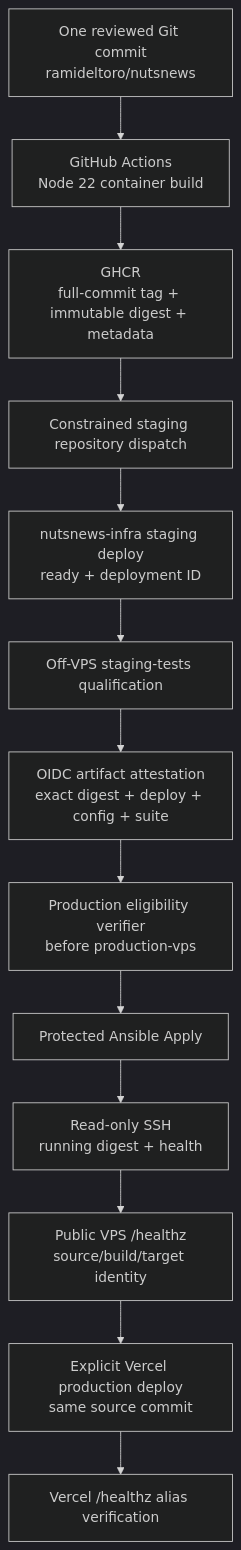
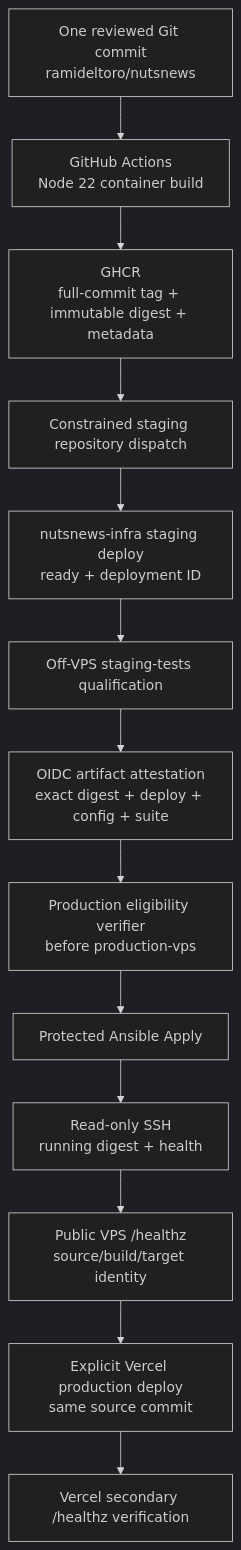
One commit to ramideltoro/nutsnews-docs changed the first of 5 diagrams in NUTSNEWS_DUAL_TARGET_WEB_DEPLOYMENT.md. Above: the diagram before and after it, drawn with Mermaid (dark theme). The commit also changed other lines of this file and 2 other files, not shown here.

````diff
--- a/NUTSNEWS_DUAL_TARGET_WEB_DEPLOYMENT.md
+++ b/NUTSNEWS_DUAL_TARGET_WEB_DEPLOYMENT.md
@@ -106,16 +143,16 @@
 ```mermaid
 flowchart TD
   commit["One reviewed Git commit\nramideltoro/nutsnews"]
   commit --> actions["GitHub Actions\nNode 22 container build"]
   actions --> ghcr["GHCR\nfull-commit tag + immutable digest + metadata"]
   ghcr --> dispatch["Constrained staging repository dispatch"]
   dispatch --> staging["nutsnews-infra staging deploy\nready + deployment ID"]
   staging --> qualifier["Off-VPS staging-tests qualification"]
   qualifier --> attestation["OIDC artifact attestation\nexact digest + deploy + config + suite"]
   attestation --> gate["Production eligibility verifier\nbefore production-vps"]
   gate --> apply["Protected Ansible Apply"]
   apply --> ssh["Read-only SSH\nrunning digest + health"]
   ssh --> vps["Public VPS /healthz\nsource/build/target identity"]
   vps --> vercelProd["Explicit Vercel production deploy\nsame source commit"]
-  vercelProd --> status["Vercel /healthz alias verification"]
+  vercelProd --> status["Vercel secondary /healthz verification"]
 ```
````
